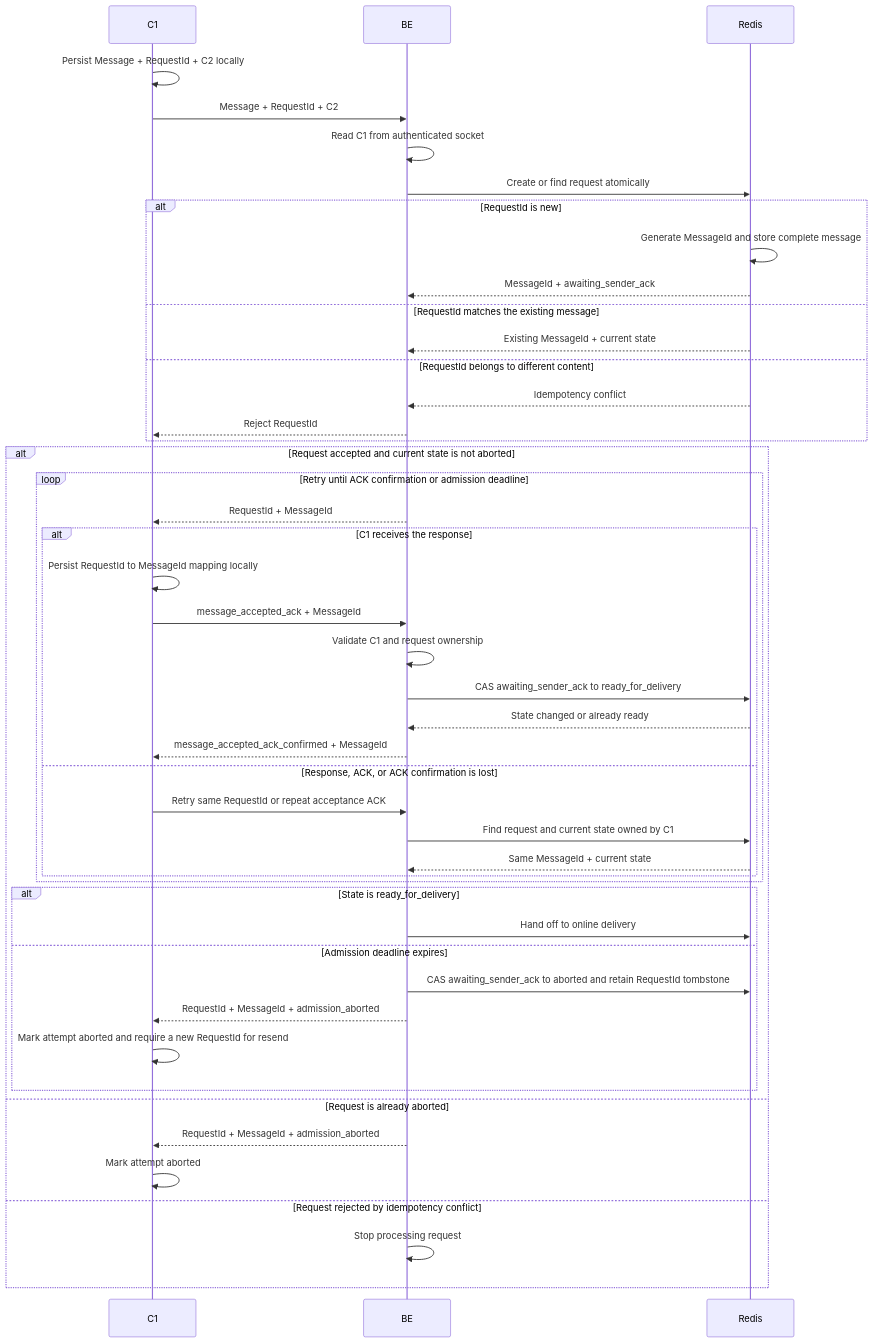
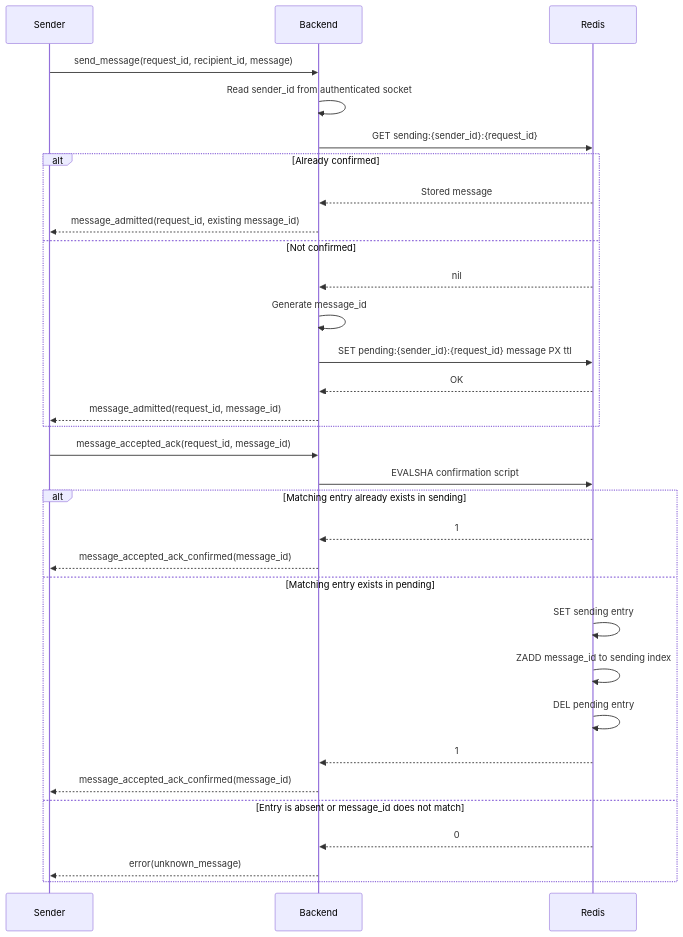
The diagram in MESSAGE_DELIVERY.md (cmunaro/ChatChat), drawn with Mermaid before and after one commit. The commit also changed other lines of this file and 14 other files, not shown here.

````diff
--- a/MESSAGE_DELIVERY.md
+++ b/MESSAGE_DELIVERY.md
@@ -5,52 +7,38 @@
 ```mermaid
 sequenceDiagram
-    participant C1
-    participant BE
+    participant C1 as Sender
+    participant BE as Backend
     participant Redis
-    C1->>C1: Persist Message + RequestId + C2 locally
-    C1->>BE: Message + RequestId + C2
-    BE->>BE: Read C1 from authenticated socket
-    BE->>Redis: Create or find request atomically
 
-    alt RequestId is new
-        Redis->>Redis: Generate MessageId and store complete message
-        Redis-->>BE: MessageId + awaiting_sender_ack
-    else RequestId matches the existing message
-        Redis-->>BE: Existing MessageId + current state
-    else RequestId belongs to different content
-        Redis-->>BE: Idempotency conflict
-        BE-->>C1: Reject RequestId
+    C1->>BE: send_message(request_id, recipient_id, message)
+    BE->>BE: Read sender_id from authenticated socket
+    BE->>Redis: GET sending:{sender_id}:{request_id}
+
+    alt Already confirmed
+        Redis-->>BE: Stored message
+        BE-->>C1: message_admitted(request_id, existing message_id)
+    else Not confirmed
+        Redis-->>BE: nil
+        BE->>BE: Generate message_id
+        BE->>Redis: SET pending:{sender_id}:{request_id} message PX ttl
+        Redis-->>BE: OK
+        BE-->>C1: message_admitted(request_id, message_id)
     end
 
-    alt Request accepted and current state is not aborted
-        loop Retry until ACK confirmation or admission deadline
-            BE-->>C1: RequestId + MessageId
+    C1->>BE: message_accepted_ack(request_id, message_id)
+    BE->>Redis: EVALSHA confirmation script
 
-            alt C1 receives the response
-                C1->>C1: Persist RequestId to MessageId mapping locally
-                C1->>BE: message_accepted_ack + MessageId
-                BE->>BE: Validate C1 and request ownership
-                BE->>Redis: CAS awaiting_sender_ack to ready_for_delivery
-                Redis-->>BE: State changed or already ready
-                BE-->>C1: message_accepted_ack_confirmed + MessageId
-            else Response, ACK, or ACK confirmation is lost
-                C1->>BE: Retry same RequestId or repeat acceptance ACK
-                BE->>Redis: Find request and current state owned by C1
-                Redis-->>BE: Same MessageId + current state
-            end
-        end
-
-        alt State is ready_for_delivery
-            BE->>Redis: Hand off to online delivery
-        else Admission deadline expires
-            BE->>Redis: CAS awaiting_sender_ack to aborted and retain RequestId tombstone
-            BE-->>C1: RequestId + MessageId + admission_aborted
-            C1->>C1: Mark attempt aborted and require a new RequestId for resend
-        end
-    else Request is already aborted
-        BE-->>C1: RequestId + MessageId + admission_aborted
-        C1->>C1: Mark attempt aborted
-    else Request rejected by idempotency conflict
-        BE->>BE: Stop processing request
+    alt Matching entry already exists in sending
+        Redis-->>BE: 1
+        BE-->>C1: message_accepted_ack_confirmed(message_id)
+    else Matching entry exists in pending
+        Redis->>Redis: SET sending entry
+        Redis->>Redis: ZADD message_id to sending index
+        Redis->>Redis: DEL pending entry
+        Redis-->>BE: 1
+        BE-->>C1: message_accepted_ack_confirmed(message_id)
+    else Entry is absent or message_id does not match
+        Redis-->>BE: 0
+        BE-->>C1: error(unknown_message)
     end
 ```
````
